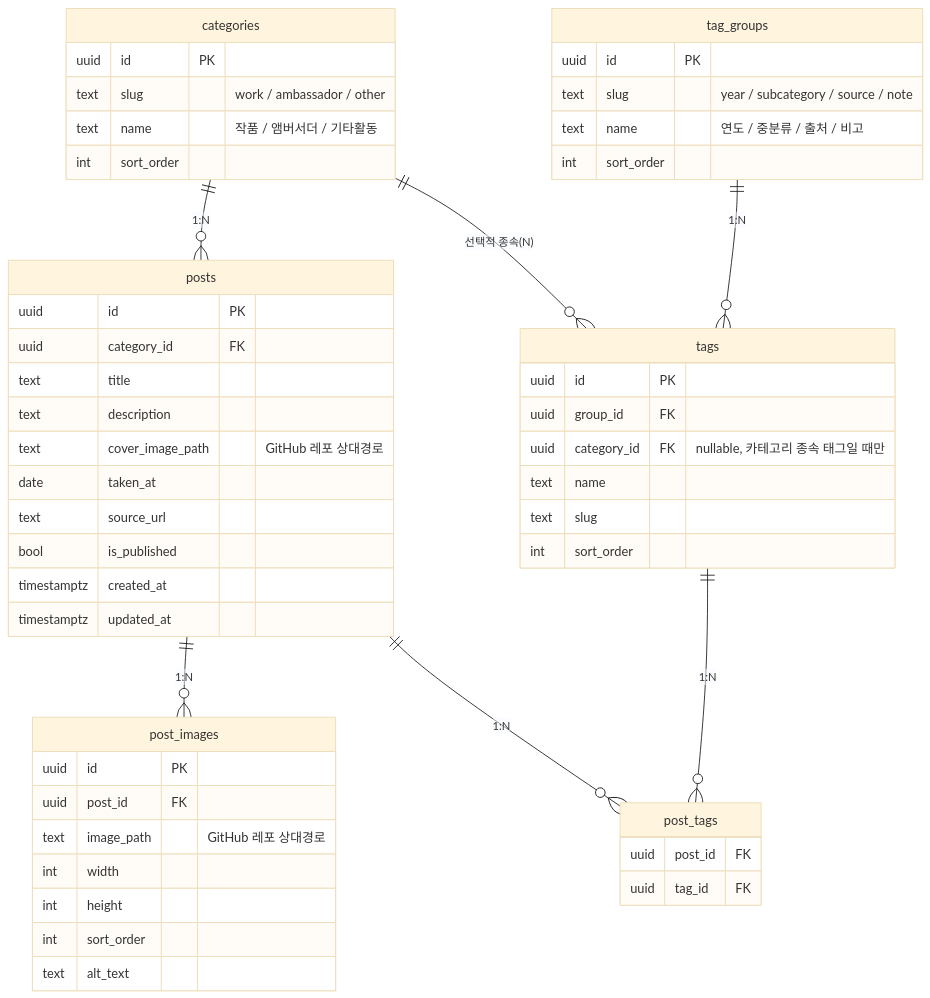
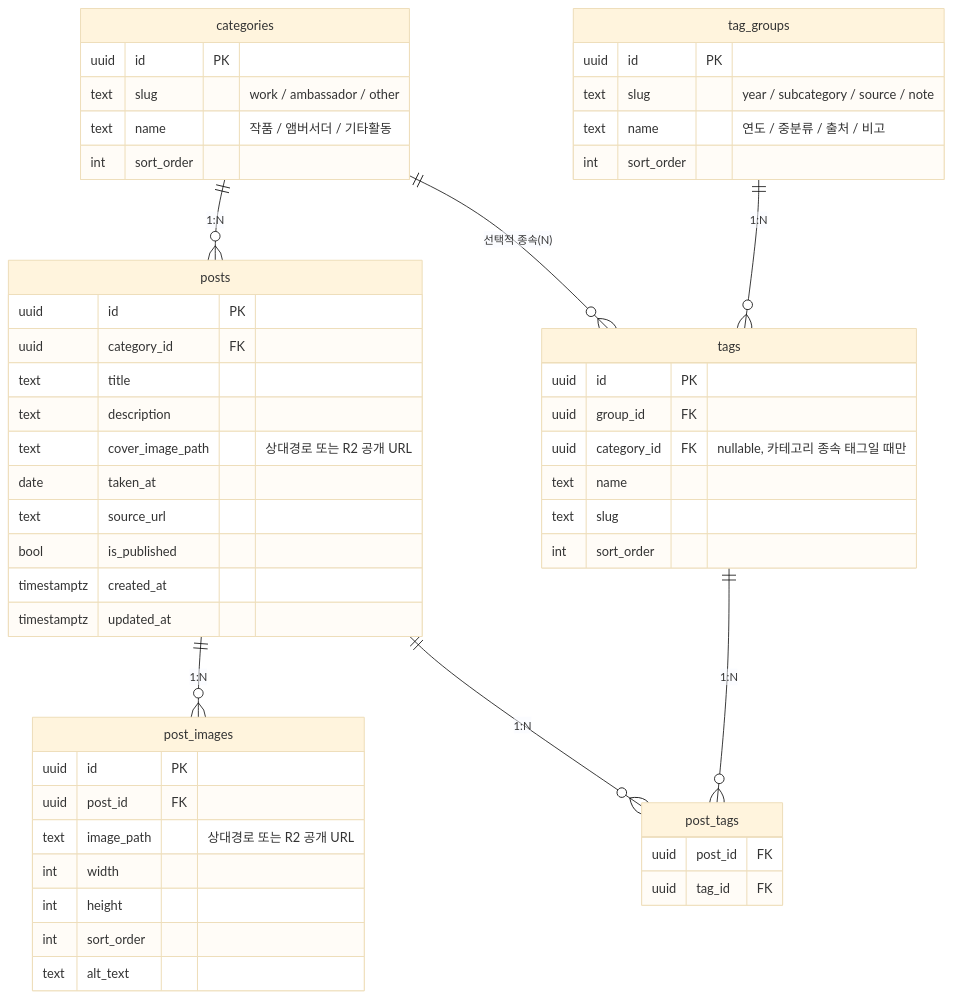
One commit to aicando-sce/bws-archive changed the diagram in docs/db-schema.md. Above: the diagram before and after it, drawn with Mermaid (base theme). The commit also changed other lines of this file and 27 other files, not shown here.

````diff
--- a/docs/db-schema.md
+++ b/docs/db-schema.md
@@ -15,60 +15,60 @@
 ```mermaid
 erDiagram
   categories ||--o{ posts : "1:N"
   categories ||--o{ tags : "선택적 종속(N)"
   tag_groups ||--o{ tags : "1:N"
   posts ||--o{ post_images : "1:N"
   posts ||--o{ post_tags : "1:N"
   tags ||--o{ post_tags : "1:N"
 
   categories {
     uuid id PK
     text slug "work / ambassador / other"
     text name "작품 / 앰버서더 / 기타활동"
     int sort_order
   }
 
   tag_groups {
     uuid id PK
     text slug "year / subcategory / source / note"
     text name "연도 / 중분류 / 출처 / 비고"
     int sort_order
   }
 
   tags {
     uuid id PK
     uuid group_id FK
     uuid category_id FK "nullable, 카테고리 종속 태그일 때만"
     text name
     text slug
     int sort_order
   }
 
   posts {
     uuid id PK
     uuid category_id FK
     text title
     text description
-    text cover_image_path "GitHub 레포 상대경로"
+    text cover_image_path "상대경로 또는 R2 공개 URL"
     date taken_at
     text source_url
     bool is_published
     timestamptz created_at
     timestamptz updated_at
   }
 
   post_images {
     uuid id PK
     uuid post_id FK
-    text image_path "GitHub 레포 상대경로"
+    text image_path "상대경로 또는 R2 공개 URL"
     int width
     int height
     int sort_order
     text alt_text
   }
 
   post_tags {
     uuid post_id FK
     uuid tag_id FK
   }
 ```
````
